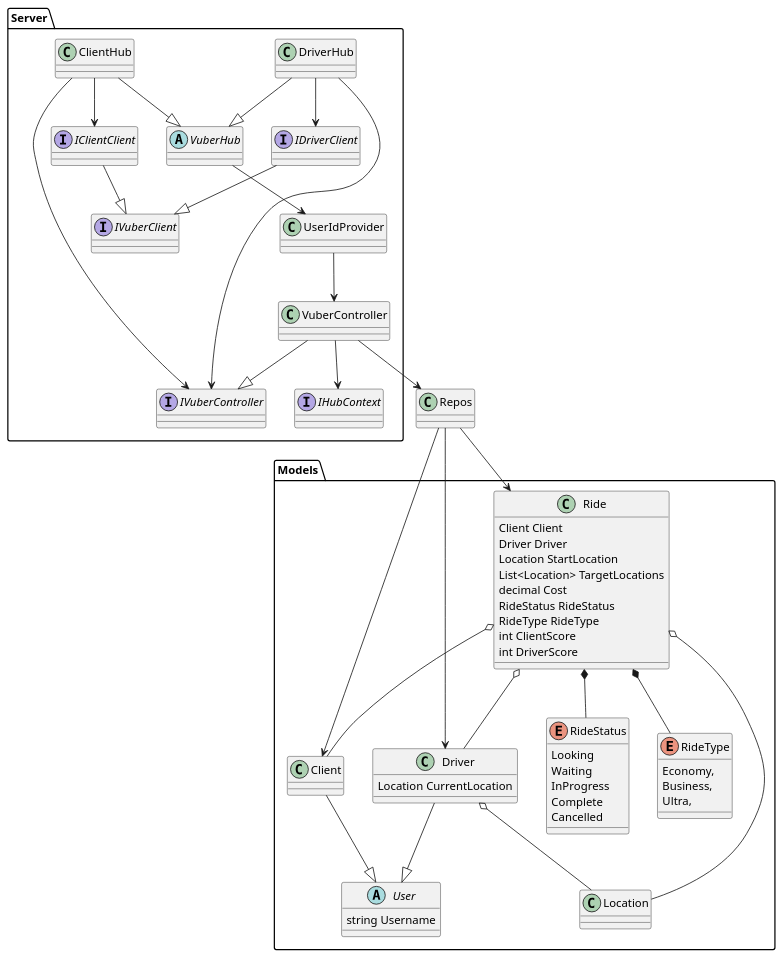
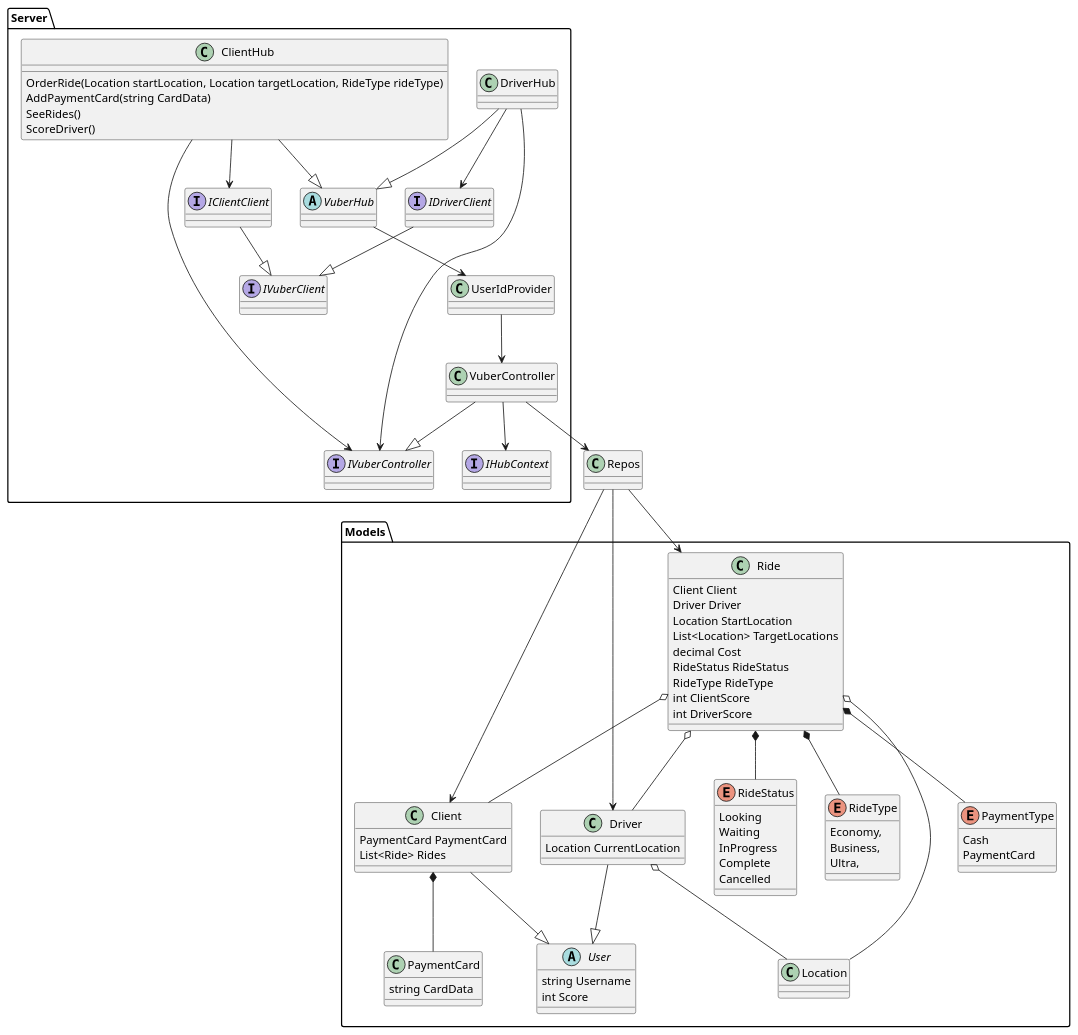
The diagram in docs/exam.puml (MegaBluejay/teamf_vuber), drawn with PlantUML before and after one commit. The commit also changed 4 other files, not shown here.

Commit message:
docs: added stuff in uml feat: added Location and PaymentCard classes and PaymentType enum

```diff
--- a/docs/exam.puml
+++ b/docs/exam.puml
@@ -1,86 +1,103 @@
 @startuml
 
 package Models {
         class Location
 
         abstract class User {
                 string Username
-
+                int Score
         }
-        class Client
+        class Client {
+                PaymentCard PaymentCard
+                List<Ride> Rides
+        }
         class Driver {
                 Location CurrentLocation
         }
-
+        class PaymentCard {
+            string CardData
+        }
+        
+        enum PaymentType{
+                Cash
+                PaymentCard
+        }
         enum RideStatus {
                 Looking
                 Waiting
                 InProgress
                 Complete
                 Cancelled
         }
         enum RideType {
                 Economy,
                 Business,
                 Ultra,
         }
         class Ride {
                 Client Client
                 Driver Driver
                 Location StartLocation
                 List<Location> TargetLocations
                 decimal Cost
                 RideStatus RideStatus
                 RideType RideType
                 int ClientScore
                 int DriverScore
         }
 
         Client --|> User
         Driver --|> User
 
         Driver o-- Location
 
         Ride o-- Client
         Ride o-- Driver
         Ride o-- Location
         Ride *-- RideStatus
         Ride *-- RideType
+        Ride *-- PaymentType
+        Client *-- PaymentCard
 }
 
 class Repos
 Repos --> Client
 Repos --> Driver
 Repos --> Ride
 
 
 package Server {
         interface IVuberController
         interface IHubContext
         class VuberController
         VuberController --|> IVuberController
         VuberController --> Repos
         VuberController --> IHubContext
 
         abstract class VuberHub
-        class ClientHub
+        class ClientHub{
+                OrderRide(Location startLocation, Location targetLocation, RideType rideType)
+                AddPaymentCard(string CardData)
+                SeeRides()
+                ScoreDriver()
+        }
         class DriverHub
         ClientHub --|> VuberHub
         DriverHub --|> VuberHub
         ClientHub --> IVuberController
         DriverHub --> IVuberController
 
         class UserIdProvider
         UserIdProvider --> VuberController
         VuberHub --> UserIdProvider
 
         interface IVuberClient
         interface IClientClient
         interface IDriverClient
         IClientClient --|> IVuberClient
         IDriverClient --|> IVuberClient
         ClientHub --> IClientClient
         DriverHub --> IDriverClient
 }
 
 @enduml
```
